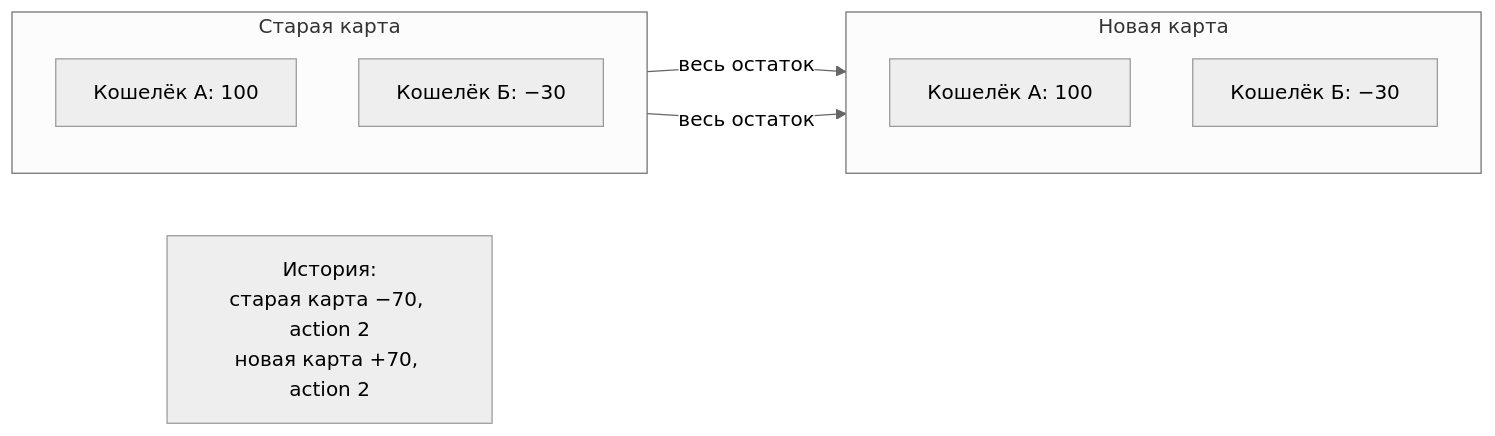
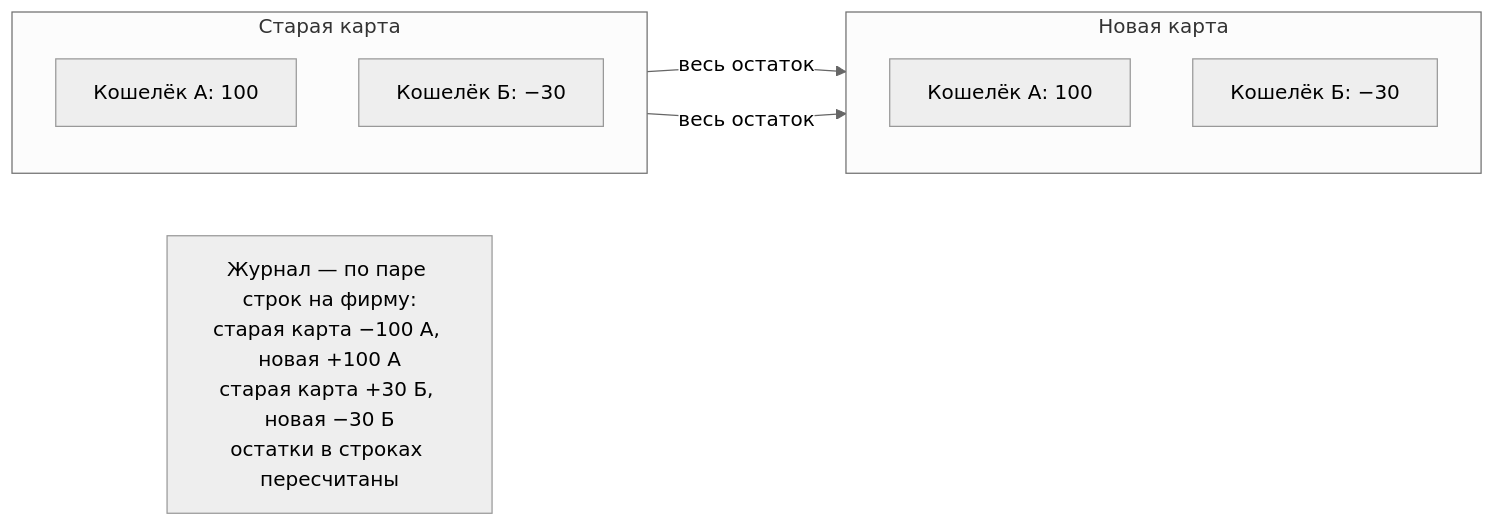
The seventh of 9 diagrams in docs/10-shemy-operatsij.md (maltcevrg/apteka_api), drawn with Mermaid (neutral theme) before and after one commit. The commit also changed other lines of this file and 7 other files, not shown here.

````diff
--- a/docs/10-shemy-operatsij.md
+++ b/docs/10-shemy-operatsij.md
@@ -114,16 +111,16 @@
 ```mermaid
 flowchart LR
     subgraph Старая карта
         direction TB
         A1[Кошелёк А: 100] 
         A2[Кошелёк Б: −30]
     end
     subgraph Новая карта
         direction TB
         B1[Кошелёк А: 100]
         B2[Кошелёк Б: −30]
     end
     A1 -- весь остаток --> B1
     A2 -- весь остаток --> B2
-    H[История:<br/>старая карта −70, action 2<br/>новая карта +70, action 2]
+    H[Журнал — по паре строк на фирму:<br/>старая карта −100 А, новая +100 А<br/>старая карта +30 Б, новая −30 Б<br/>остатки в строках пересчитаны]
 ```
````
